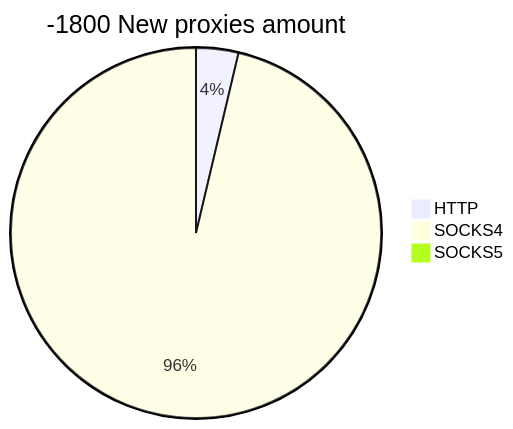
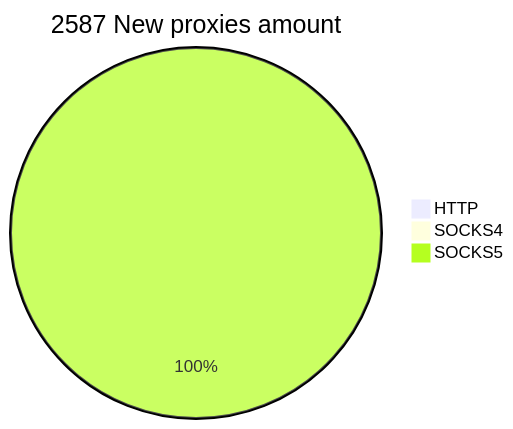
One commit to cutipu/proxylist changed the second of 2 diagrams in README.md. Above: the diagram before and after it, drawn with Mermaid. The commit also changed other lines of this file, not shown here.

````diff
--- a/README.md
+++ b/README.md
@@ -10,6 +10,6 @@
 ```mermaid
-pie title -1800 New proxies amount
-    "HTTP" : 26
-    "SOCKS4" : 678
-    "SOCKS5" : 0
+pie title 2587 New proxies amount
+    "HTTP" : 0
+    "SOCKS4" : 0
+    "SOCKS5" : 2587
 ```
````
